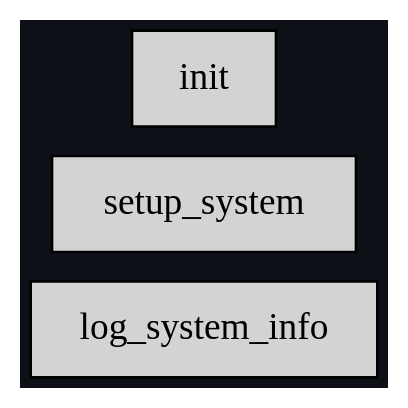
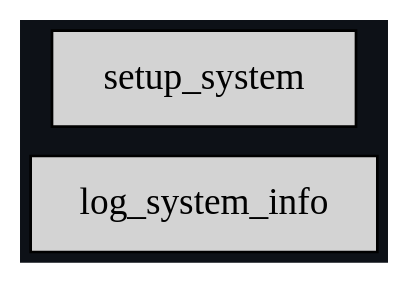
The diagram in graphs/startup-schedule.dot (eerii/hello-bevy), drawn with Graphviz before and after one commit. The commit also changed 9 other files, not shown here.

```diff
--- a/graphs/startup-schedule.dot
+++ b/graphs/startup-schedule.dot
@@ -1,13 +1,12 @@
 digraph "" {
 	"compound"="true";
 	"splines"="spline";
 	"rankdir"="LR";
 	"bgcolor"="#0d1117";
 	"fontname"="Helvetica";
 	"nodesep"="0.15";
 	edge ["penwidth"="2"];
 	node ["shape"="box", "style"="filled"];
 	"node_System(0)" ["label"="log_system_info", "tooltip"="bevy_diagnostic::system_information_diagnostics_plugin::internal::log_system_info"]
 	"node_System(1)" ["label"="setup_system", "tooltip"="bevy_diagnostic::frame_time_diagnostics_plugin::FrameTimeDiagnosticsPlugin::setup_system"]
-	"node_System(2)" ["label"="init", "tooltip"="hello_bevy::init"]
 }
```
